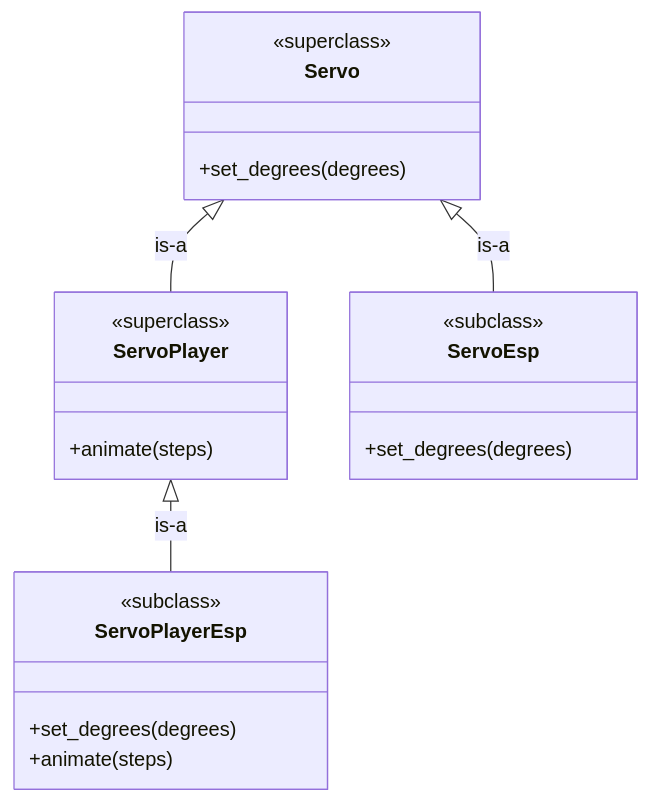
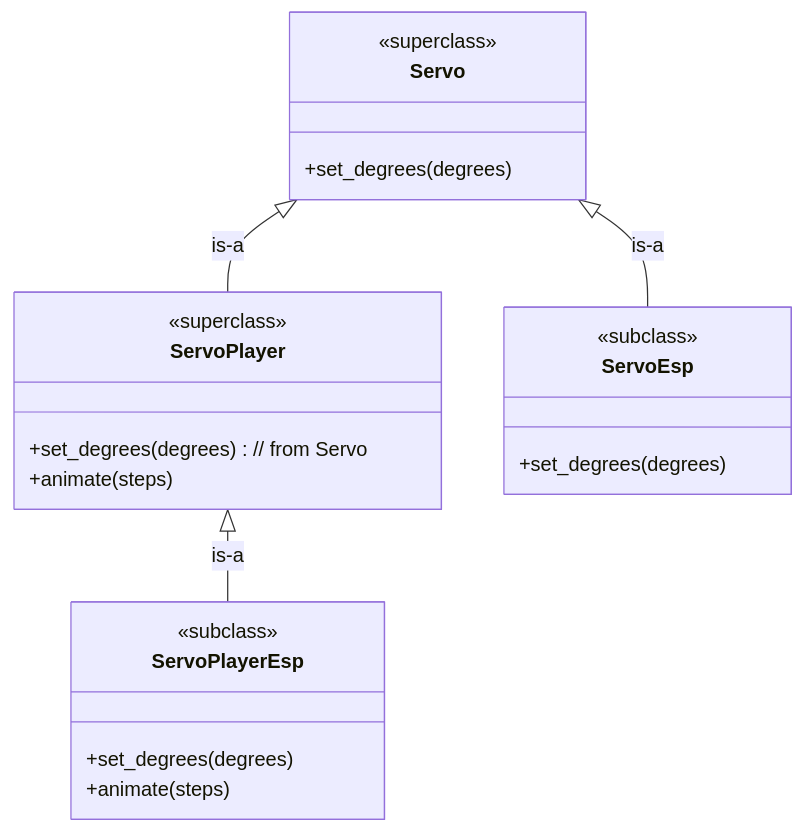
One commit to CarlKCarlK/inherit changed the diagram in examples/2_puzzle.md. Above: the diagram before and after it, drawn with Mermaid. The commit also changed other lines of this file and 7 other files, not shown here.

````diff
--- a/examples/2_puzzle.md
+++ b/examples/2_puzzle.md
@@ -13,29 +5,30 @@
 ```mermaid
 classDiagram
     direction TB
 
     class Servo {
         <<superclass>>
         +set_degrees(degrees)
     }
 
     class ServoPlayer {
         <<superclass>>
+        +set_degrees(degrees) // from Servo
         +animate(steps)
     }
 
     class ServoEsp {
         <<subclass>>
         +set_degrees(degrees)
     }
 
     class ServoPlayerEsp {
         <<subclass>>
         +set_degrees(degrees)
         +animate(steps)
     }
 
     Servo <|-- ServoPlayer : is-a
     Servo <|-- ServoEsp : is-a
     ServoPlayer <|-- ServoPlayerEsp : is-a
 ```
````
